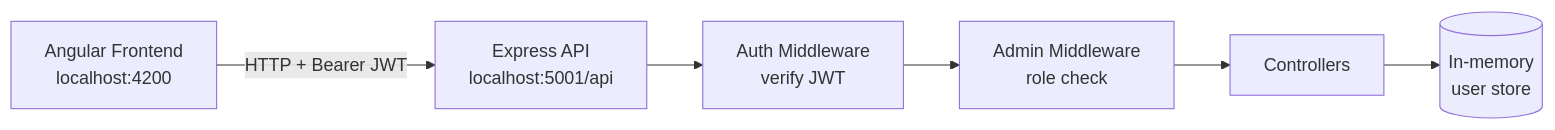
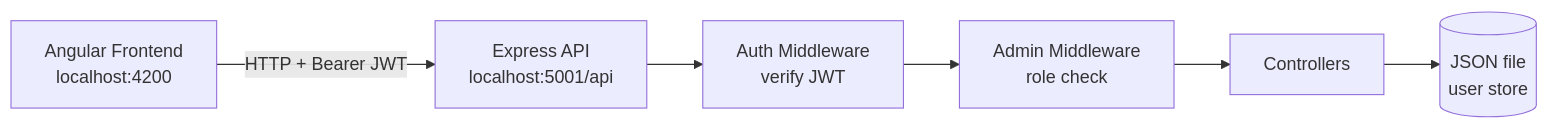
The diagram in README.md (Shivangi-projects/sk-verify-portal), drawn with Mermaid before and after one commit. The commit also changed 3 other files, not shown here.

Commit message:
Persist users to a JSON file store

````diff
--- a/README.md
+++ b/README.md
@@ -72,8 +72,8 @@
 ```mermaid
 flowchart LR
     A[Angular Frontend<br/>localhost:4200] -->|HTTP + Bearer JWT| B[Express API<br/>localhost:5001/api]
     B --> C[Auth Middleware<br/>verify JWT]
     C --> D[Admin Middleware<br/>role check]
     D --> E[Controllers]
-    E --> F[(In-memory<br/>user store)]
+    E --> F[(JSON file<br/>user store)]
 ```
````
